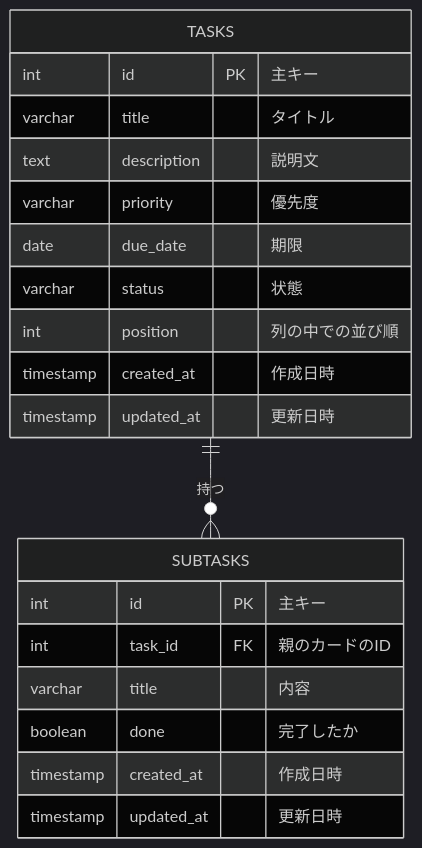
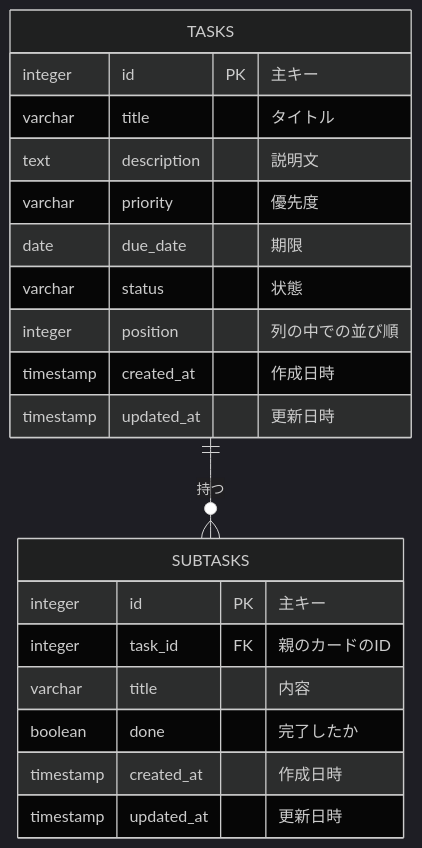
One commit to jkuwa/TaskManagement changed the diagram in docs/database.md. Above: the diagram before and after it, drawn with Mermaid (dark theme). The commit also changed other lines of this file and 2 other files, not shown here.

````diff
--- a/docs/database.md
+++ b/docs/database.md
@@ -10,24 +10,24 @@
 ```mermaid
 erDiagram
     TASKS ||--o{ SUBTASKS : "持つ"
 
     TASKS {
-        int id PK "主キー"
+        integer id PK "主キー"
         varchar title "タイトル"
         text description "説明文"
         varchar priority "優先度"
         date due_date "期限"
         varchar status "状態"
-        int position "列の中での並び順"
+        integer position "列の中での並び順"
         timestamp created_at "作成日時"
         timestamp updated_at "更新日時"
     }
     SUBTASKS {
-        int id PK "主キー"
-        int task_id FK "親のカードのID"
+        integer id PK "主キー"
+        integer task_id FK "親のカードのID"
         varchar title "内容"
         boolean done "完了したか"
         timestamp created_at "作成日時"
         timestamp updated_at "更新日時"
     }
 ```
````
